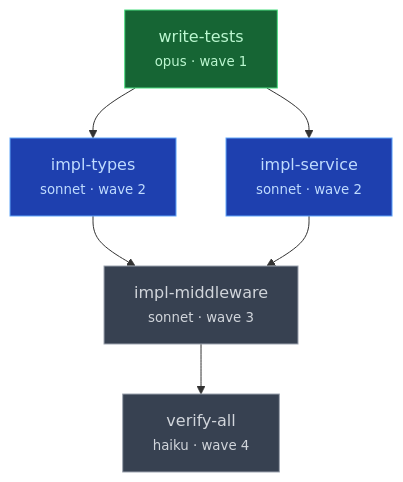
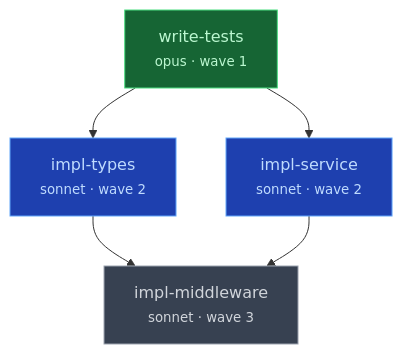
Before and after one commit to pupubird/specwork: the second of 4 diagrams in README.md, drawn with Mermaid. The commit also changed other lines of this file and 72 other files, not shown here.

````diff
--- a/README.md
+++ b/README.md
@@ -121,12 +121,11 @@
 ```mermaid
 graph TD
     S["write-tests<br/><small>opus · wave 1</small>"]:::done --> I1["impl-types<br/><small>sonnet · wave 2</small>"]:::active
     S --> I2["impl-service<br/><small>sonnet · wave 2</small>"]:::active
     I1 --> I3["impl-middleware<br/><small>sonnet · wave 3</small>"]:::pending
     I2 --> I3
-    I3 --> V["verify-all<br/><small>haiku · wave 4</small>"]:::pending
 
     classDef done fill:#166534,stroke:#4ADE80,color:#BBF7D0
     classDef active fill:#1E40AF,stroke:#60A5FA,color:#BFDBFE
     classDef pending fill:#374151,stroke:#9CA3AF,color:#D1D5DB
 ```
````
